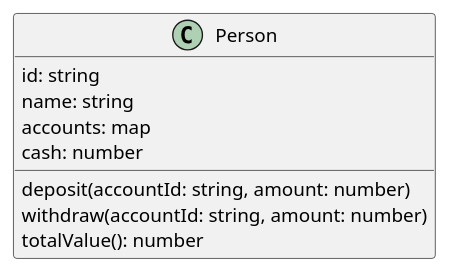
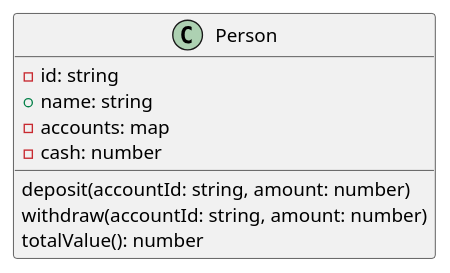
The diagram in docs/lectures/20191217/banking/01-person.plantuml (krisztiankazinczi/bh-fst01), drawn with PlantUML before and after one commit. The commit also changed 5 other files, not shown here.

```diff
--- a/docs/lectures/20191217/banking/01-person.plantuml
+++ b/docs/lectures/20191217/banking/01-person.plantuml
@@ -1,12 +1,12 @@
 @startuml
 class Person {
-    id: string
-    name: string
-    accounts: map
-    cash: number
+    - id: string
+    + name: string
+    - accounts: map
+    - cash: number
 
     deposit(accountId: string, amount: number)
     withdraw(accountId: string, amount: number)
     totalValue(): number
 }
 @enduml
```
